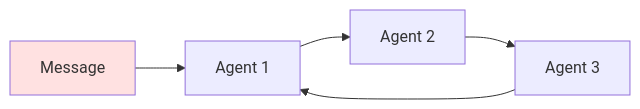
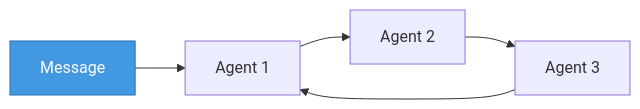
One commit to scarnecchia/numina changed the first of 7 diagrams in docs/group-coordination-guide.md. Above: the diagram before and after it, drawn with Mermaid. The commit also changed other lines of this file and 1 other file, not shown here.

Commit message:
diagram fixes

````diff
--- a/docs/group-coordination-guide.md
+++ b/docs/group-coordination-guide.md
@@ -64,8 +64,8 @@
 ```mermaid
 graph LR
     M[Message] --> A1[Agent 1]
     A1 --> A2[Agent 2]
     A2 --> A3[Agent 3]
     A3 --> A1
-    style M fill:#ffe1e1
+    style M fill:#4299e1,stroke:#2b6cb0,color:#fff
 ```
````
